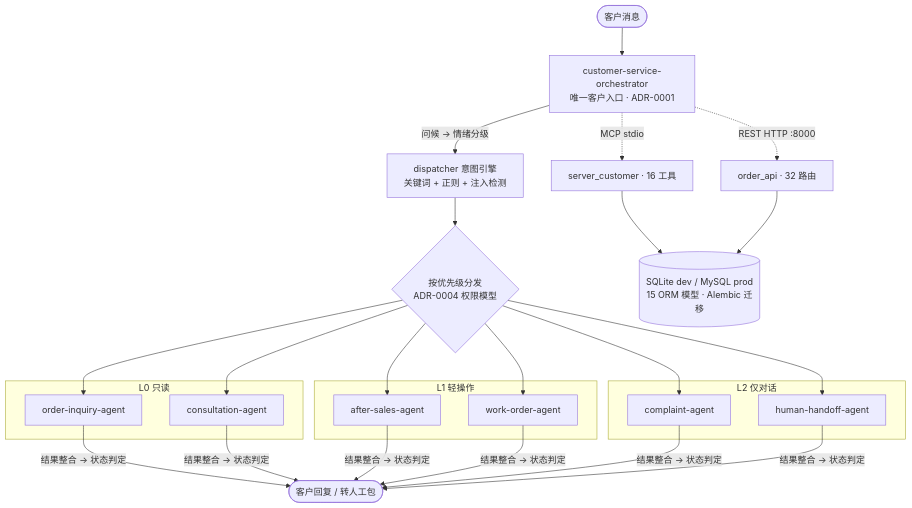
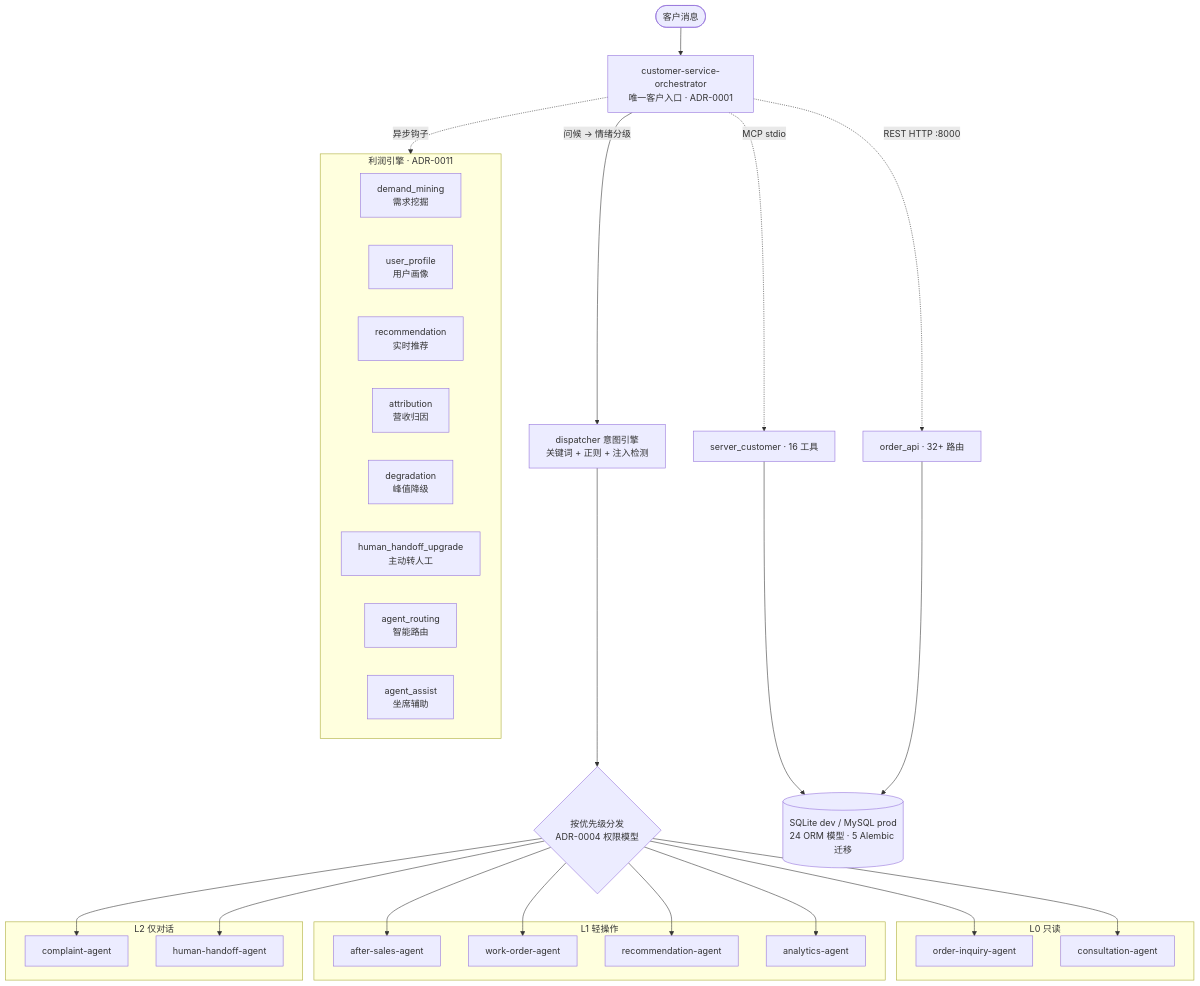
Before and after one commit to K-boy-666/Customer-Service-Agent: the diagram in README.md, drawn with Mermaid. The commit also changed other lines of this file, not shown here.

Commit message:
docs: rewrite README with profit engine architecture and updated metrics

````diff
--- a/README.md
+++ b/README.md
@@ -41,25 +61,39 @@
 ```mermaid
 flowchart TD
     Customer([客户消息]) --> Orch["customer-service-orchestrator<br/>唯一客户入口 · ADR-0001"]
     Orch -->|"问候 → 情绪分级"| Disp["dispatcher 意图引擎<br/>关键词 + 正则 + 注入检测"]
     Disp --> Agents{"按优先级分发<br/>ADR-0004 权限模型"}
 
     subgraph L0 ["L0 只读"]
         OIA["order-inquiry-agent"]
         CSA["consultation-agent"]
     end
     subgraph L1 ["L1 轻操作"]
         ASA["after-sales-agent"]
         WOA["work-order-agent"]
+        REC["recommendation-agent"]
+        ANA["analytics-agent"]
     end
     subgraph L2 ["L2 仅对话"]
         CPA["complaint-agent"]
         HHA["human-handoff-agent"]
     end
 
-    Agents --> OIA & CSA & ASA & WOA & CPA & HHA
-    OIA & CSA & ASA & WOA & CPA & HHA -->|"结果整合 → 状态判定"| Reply([客户回复 / 转人工包])
+    Agents --> OIA & CSA & ASA & WOA & CPA & HHA & REC & ANA
+
+    subgraph ProfitEngine ["利润引擎 · ADR-0011"]
+        DM["demand_mining<br/>需求挖掘"]
+        UP["user_profile<br/>用户画像"]
+        RS["recommendation<br/>实时推荐"]
+        ATTR["attribution<br/>营收归因"]
+        DEG["degradation<br/>峰值降级"]
+        HHU["human_handoff_upgrade<br/>主动转人工"]
+        AR["agent_routing<br/>智能路由"]
+        AA["agent_assist<br/>坐席辅助"]
+    end
+
+    Orch -.->|"异步钩子"| ProfitEngine
     Orch -.->|"MCP stdio"| MCP["server_customer · 16 工具"]
-    Orch -.->|"REST HTTP :8000"| REST["order_api · 32 路由"]
-    MCP & REST --> DB[("SQLite dev / MySQL prod<br/>15 ORM 模型 · Alembic 迁移")]
+    Orch -.->|"REST HTTP :8000"| REST["order_api · 32+ 路由"]
+    MCP & REST --> DB[("SQLite dev / MySQL prod<br/>24 ORM 模型 · 5 Alembic 迁移")]
 ```
````
